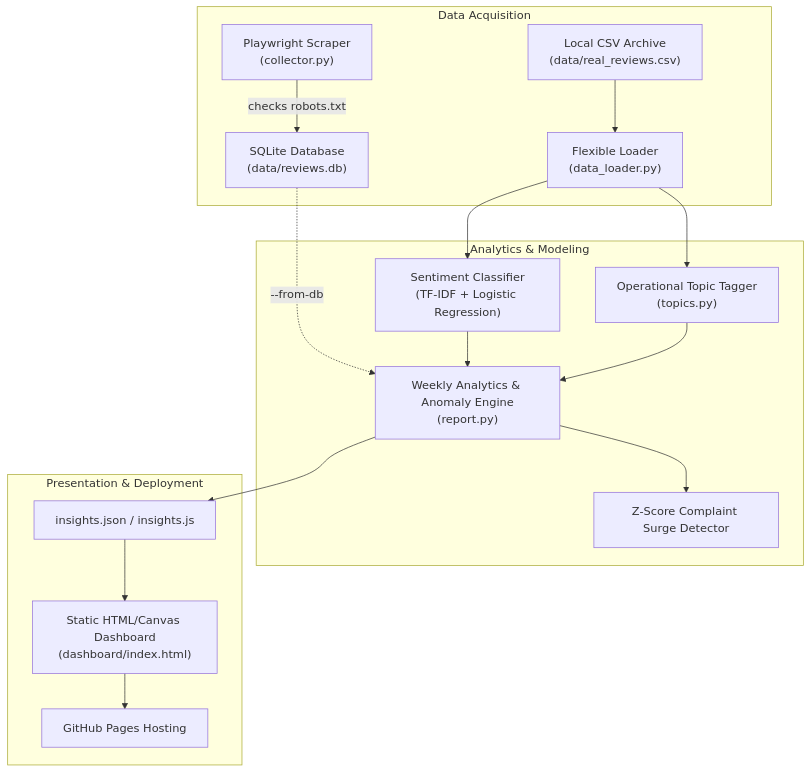
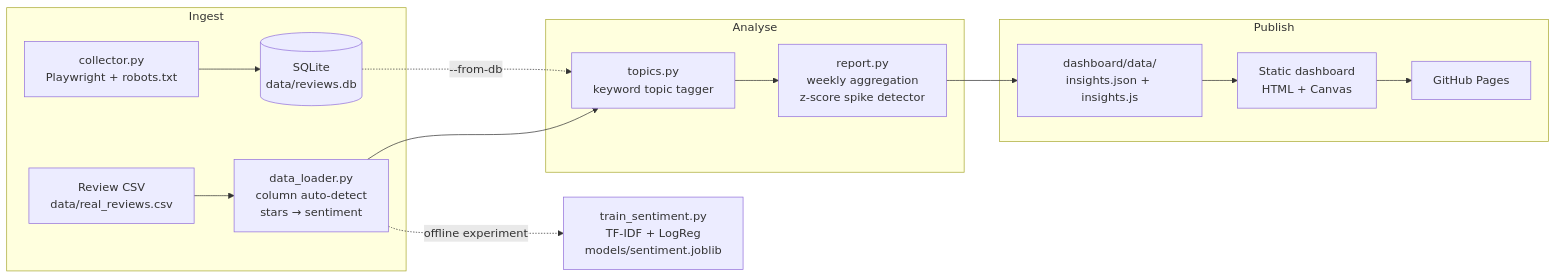
Before and after one commit to SAKET-SAURABH-07/customer-review-insight-agent: the diagram in README.md, drawn with Mermaid. The commit also changed other lines of this file, not shown here.

````diff
--- a/README.md
+++ b/README.md
@@ -54,21 +90,21 @@
 ```mermaid
-flowchart TD
-    subgraph Data Acquisition
-        A["Playwright Scraper<br/>(collector.py)"] -->|checks robots.txt| B["SQLite Database<br/>(data/reviews.db)"]
-        C["Local CSV Archive<br/>(data/real_reviews.csv)"] --> D["Flexible Loader<br/>(data_loader.py)"]
+flowchart LR
+    subgraph Ingest
+        CSV["Review CSV<br/>data/real_reviews.csv"] --> L["data_loader.py<br/>column auto-detect<br/>stars → sentiment"]
+        PW["collector.py<br/>Playwright + robots.txt"] --> DB[("SQLite<br/>data/reviews.db")]
     end
 
-    subgraph Analytics & Modeling
-        D --> E["Sentiment Classifier<br/>(TF-IDF + Logistic Regression)"]
-        D --> F["Operational Topic Tagger<br/>(topics.py)"]
-        B -.->|--from-db| G["Weekly Analytics & Anomaly Engine<br/>(report.py)"]
-        E & F --> G
-        G --> H["Z-Score Complaint Surge Detector"]
+    subgraph Analyse
+        L --> T["topics.py<br/>keyword topic tagger"]
+        DB -. "--from-db" .-> T
+        T --> R["report.py<br/>weekly aggregation<br/>z-score spike detector"]
     end
 
-    subgraph Presentation & Deployment
-        G --> I["insights.json / insights.js"]
-        I --> J["Static HTML/Canvas Dashboard<br/>(dashboard/index.html)"]
-        J --> K["GitHub Pages Hosting"]
+    subgraph Publish
+        R --> J["dashboard/data/<br/>insights.json + insights.js"]
+        J --> D["Static dashboard<br/>HTML + Canvas"]
+        D --> GH["GitHub Pages"]
     end
+
+    L -. "offline experiment" .-> M["train_sentiment.py<br/>TF-IDF + LogReg<br/>models/sentiment.joblib"]
 ```
````
